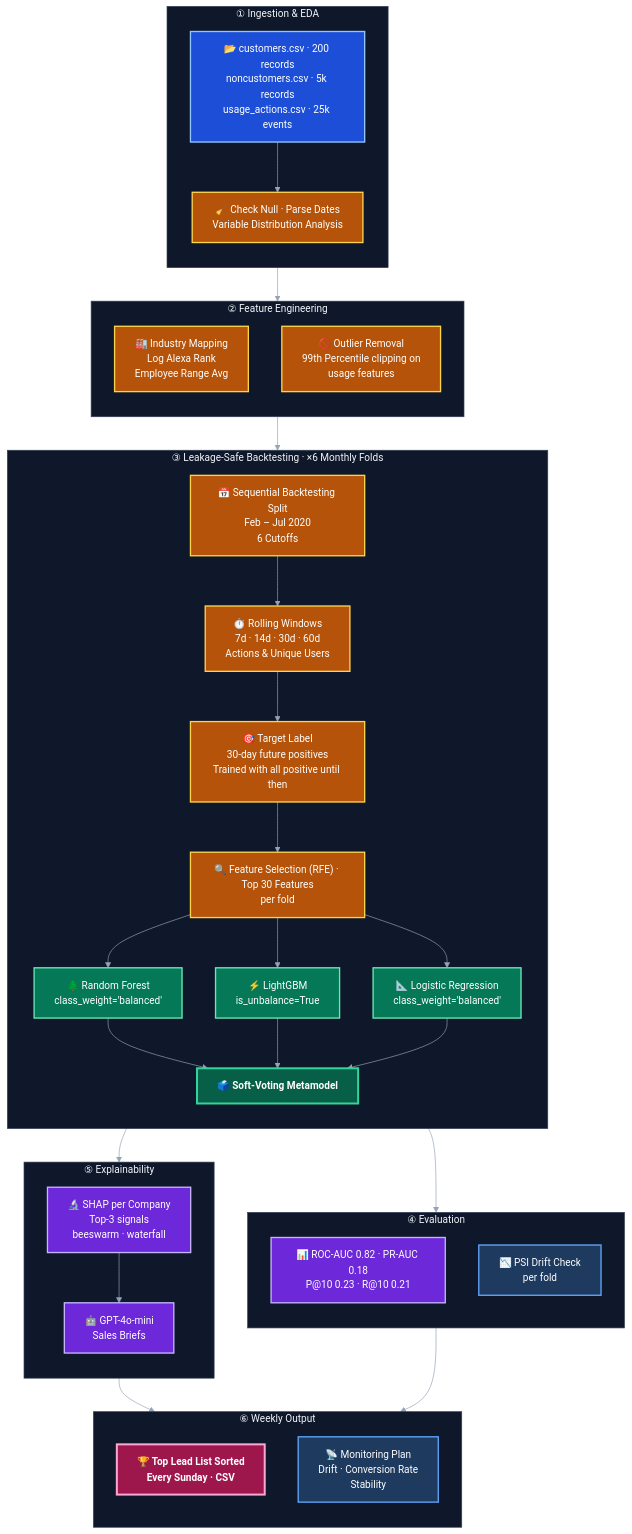
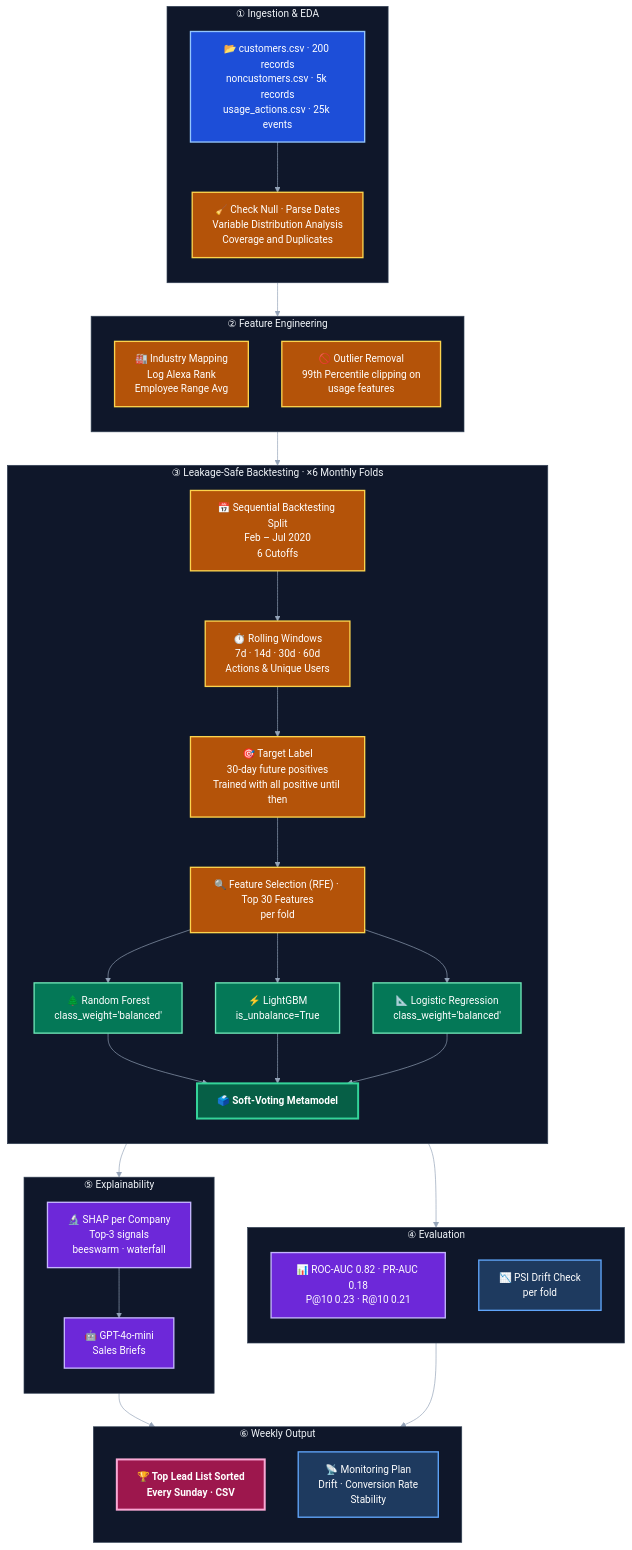
One commit to jordisc97/Conversion-Prediction-Model changed the diagram in README.md. Above: the diagram before and after it, drawn with Mermaid.

Commit message:
Update README.md with mermaid

````diff
--- a/README.md
+++ b/README.md
@@ -9,67 +9,67 @@
 ```mermaid
 %%{init: {'theme': 'base', 'themeVariables': {'edgeLabelBackground': 'transparent', 'clusterBkg': '#0f172a', 'clusterBorder': '#334155', 'titleColor': '#f1f5f9', 'lineColor': '#94a3b8', 'fontSize': '15px'}}}%%
 flowchart TB
     classDef data     fill:#1d4ed8,stroke:#93c5fd,stroke-width:2px,color:#fff
     classDef process  fill:#b45309,stroke:#fcd34d,stroke-width:2px,color:#fff
     classDef model    fill:#047857,stroke:#6ee7b7,stroke-width:2px,color:#fff
     classDef ensemble fill:#065f46,stroke:#34d399,stroke-width:3px,color:#fff,font-weight:bold
     classDef output   fill:#6d28d9,stroke:#c4b5fd,stroke-width:2px,color:#fff
     classDef report   fill:#9d174d,stroke:#f9a8d4,stroke-width:3px,color:#fff,font-weight:bold
     classDef monitor  fill:#1e3a5f,stroke:#60a5fa,stroke-width:2px,color:#fff
 
     %% ── 1. DATA ─────────────────────────────────
     subgraph ING ["① Ingestion & EDA"]
         direction TB
         A1["📂 customers.csv · 200 records<br/>noncustomers.csv · 5k records<br/>usage_actions.csv · 25k events"]:::data
-        A2["🧹 Check Null · Parse Dates<br/>Variable Distribution Analysis"]:::process
+        A2["🧹 Check Null · Parse Dates<br/>Variable Distribution Analysis<br/>Coverage and Duplicates"]:::process
         A1 --> A2
     end
 
     %% ── 2. FEATURES ─────────────────────────────
     subgraph FE ["② Feature Engineering"]
         direction TB
         F2["🏭 Industry Mapping<br/>Log Alexa Rank<br/>Employee Range Avg"]:::process
         F3["🚫 Outlier Removal<br/>99th Percentile clipping on<br/>usage features"]:::process
     end
 
     %% ── 3. MODELLING ────────────────────────────
     subgraph BT ["③ Leakage-Safe Backtesting · ×6 Monthly Folds"]
         direction TB
         B1["📅 Sequential Backtesting Split<br/>Feb – Jul 2020<br/>6 Cutoffs"]:::process
         F1["⏱️ Rolling Windows<br/>7d · 14d · 30d · 60d<br/>Actions & Unique Users"]:::process
         F4["🎯 Target Label<br/>30-day future positives<br/>Trained with all positive until then"]:::process
         B2["🔍 Feature Selection (RFE) · Top 30 Features<br/>per fold"]:::process
         B3["🌲 Random Forest<br/>class_weight='balanced'"]:::model
         B4["⚡ LightGBM<br/>is_unbalance=True"]:::model
         B5["📐 Logistic Regression<br/>class_weight='balanced'"]:::model
         B6["🗳️ Soft-Voting Metamodel"]:::ensemble
         B1 --> F1 --> F4 --> B2 --> B3 & B4 & B5 --> B6
     end
 
     %% ── 4. EVALUATION ───────────────────────────
     subgraph EV ["④ Evaluation"]
         direction TB
         C1["📊 ROC-AUC 0.82 · PR-AUC 0.18<br/>P@10 0.23 · R@10 0.21"]:::output
         C2["📉 PSI Drift Check<br/>per fold"]:::monitor
     end
 
     %% ── 5. EXPLAINABILITY ───────────────────────
     subgraph XP ["⑤ Explainability"]
         direction TB
         D1["🔬 SHAP per Company<br/>Top-3 signals<br/>beeswarm · waterfall"]:::output
         D2["🤖 GPT-4o-mini<br/>Sales Briefs"]:::output
         D1 --> D2
     end
 
     %% ── 6. OUTPUT ───────────────────────────────
     subgraph SO ["⑥ Weekly Output"]
         direction TB
         E1["🏆 Top Lead List Sorted<br/>Every Sunday · CSV"]:::report
         E2["📡 Monitoring Plan<br/>Drift · Conversion Rate<br/>Stability"]:::monitor
     end
 
     %% ── MAIN FLOW ───────────────────────────────
     ING --> FE --> BT --> EV & XP
     XP --> SO
     EV --> SO
 ```
````
